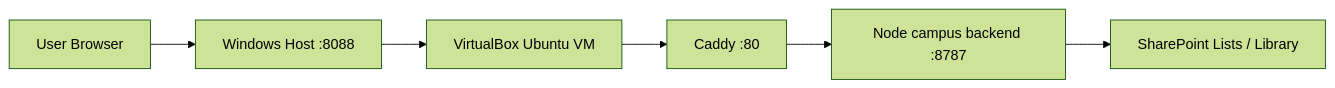
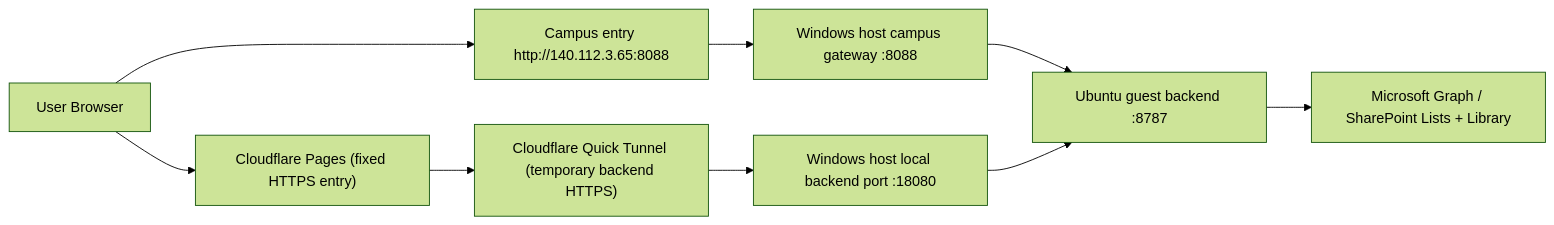
One commit to Easonwu1983/ISMS-Form-Redesign changed the diagram in docs/project-execution-flow.md. Above: the diagram before and after it, drawn with Mermaid (forest theme). The commit also changed other lines of this file and 6 other files, not shown here.

````diff
--- a/docs/project-execution-flow.md
+++ b/docs/project-execution-flow.md
@@ -7,8 +7,11 @@
 ```mermaid
 flowchart LR
-  A["User Browser"] --> B["Windows Host :8088"]
-  B --> C["VirtualBox Ubuntu VM"]
-  C --> D["Caddy :80"]
-  D --> E["Node campus backend :8787"]
-  E --> F["SharePoint Lists / Library"]
+  A["User Browser"] --> B["Cloudflare Pages (fixed HTTPS entry)"]
+  A --> C["Campus entry http://140.112.3.65:8088"]
+  B --> D["Cloudflare Quick Tunnel (temporary backend HTTPS)"]
+  C --> E["Windows host campus gateway :8088"]
+  D --> F["Windows host local backend port :18080"]
+  E --> G["Ubuntu guest backend :8787"]
+  F --> G
+  G --> H["Microsoft Graph / SharePoint Lists + Library"]
 ```
````
